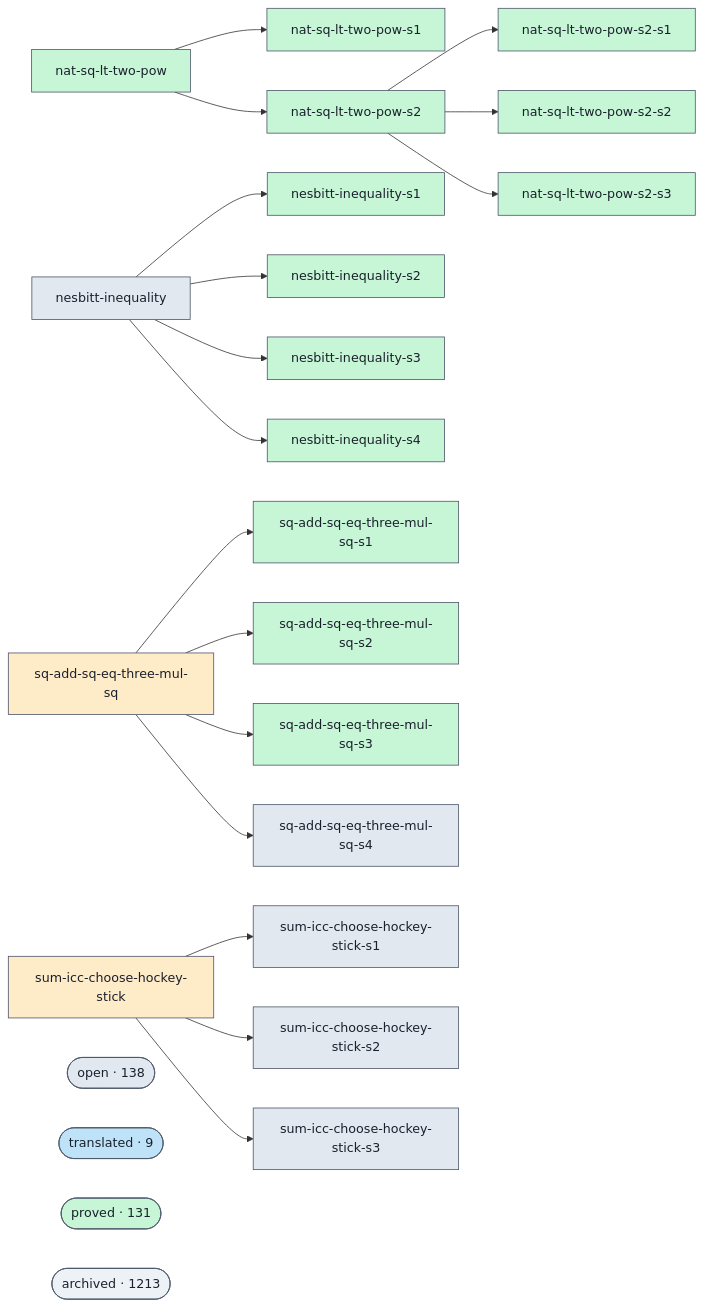
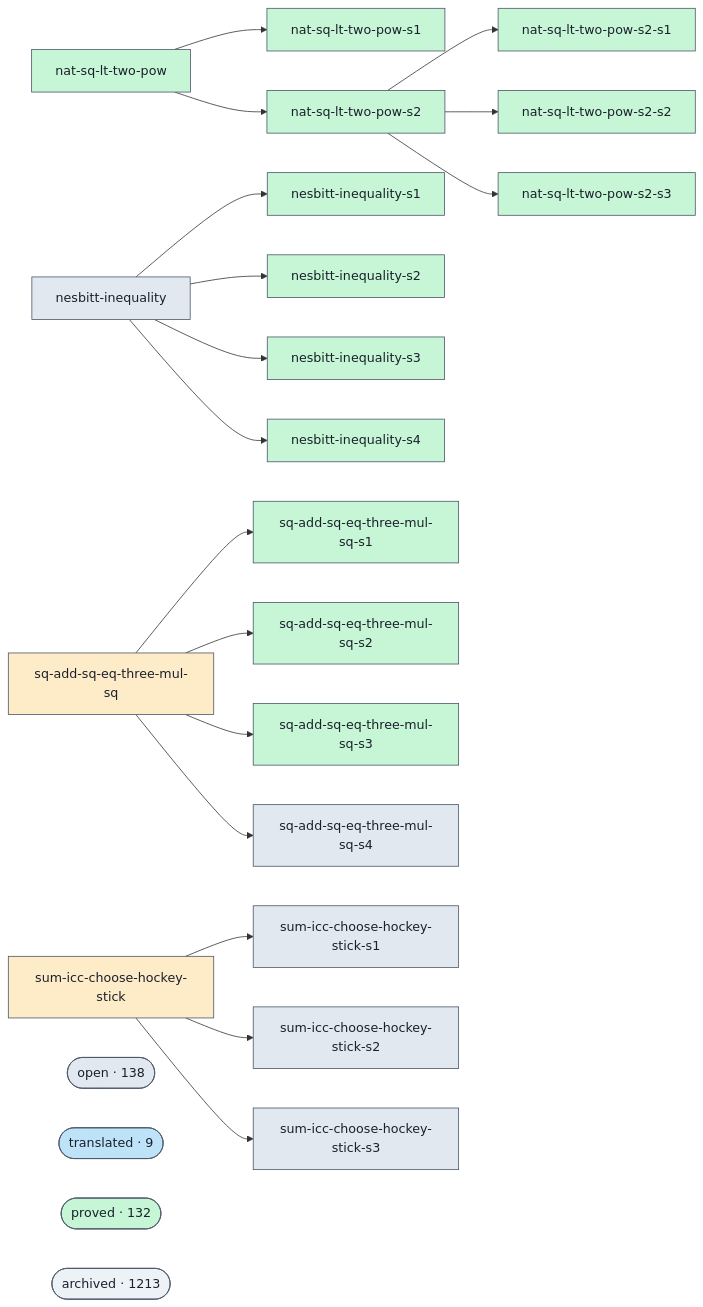
One commit to ohdearquant/unsorry changed the diagram in docs/proofs-contributors-visualisation.md. Above: the diagram before and after it, drawn with Mermaid. The commit also changed other lines of this file and 2 other files, not shown here.

```diff
--- a/docs/proofs-contributors-visualisation.md
+++ b/docs/proofs-contributors-visualisation.md
@@ -102,7 +102,7 @@
   class cluster_open open;
   cluster_translated(["translated · 9"])
   class cluster_translated translated;
-  cluster_proved(["proved · 131"])
+  cluster_proved(["proved · 132"])
   class cluster_proved proved;
   cluster_archived(["archived · 1213"])
   class cluster_archived unknown;
```
